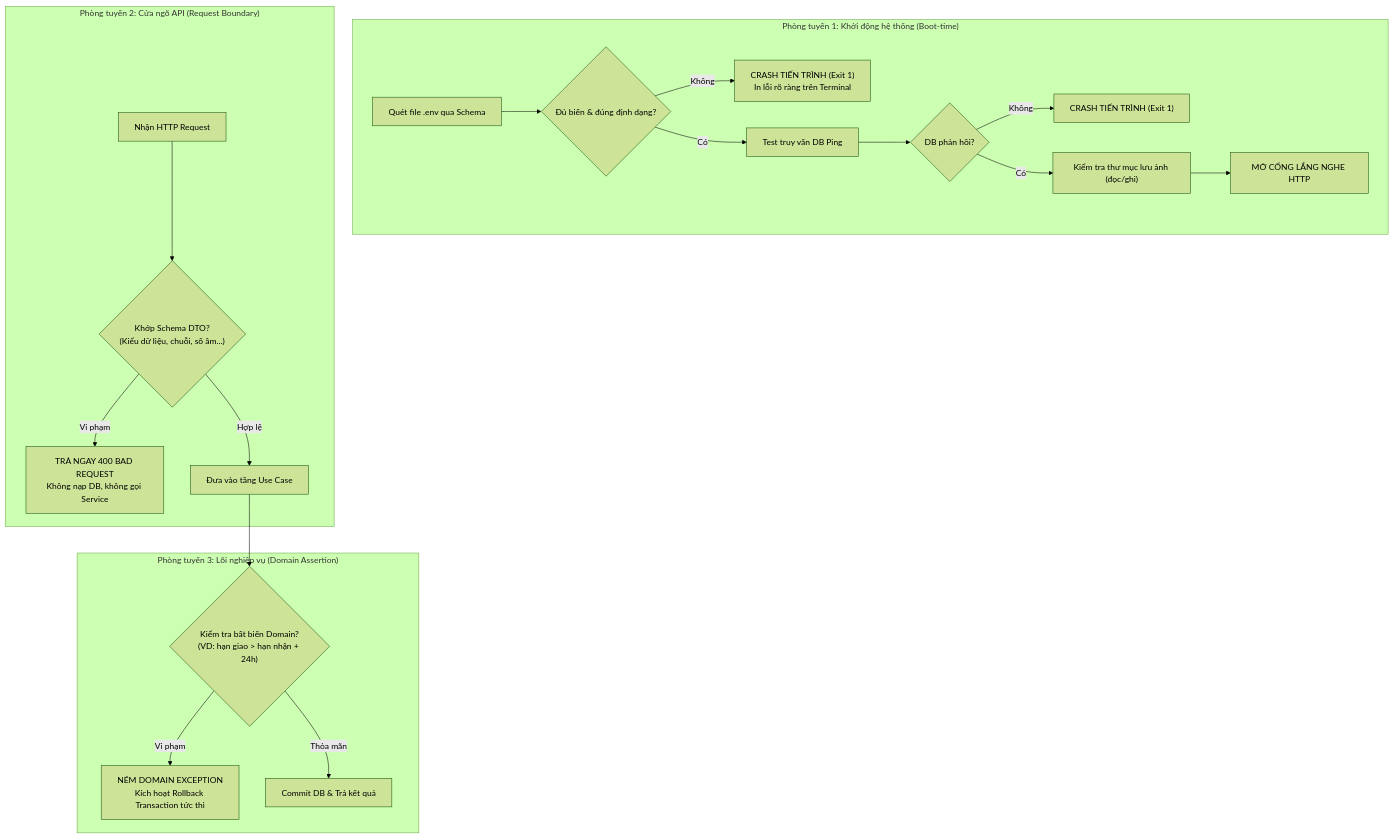
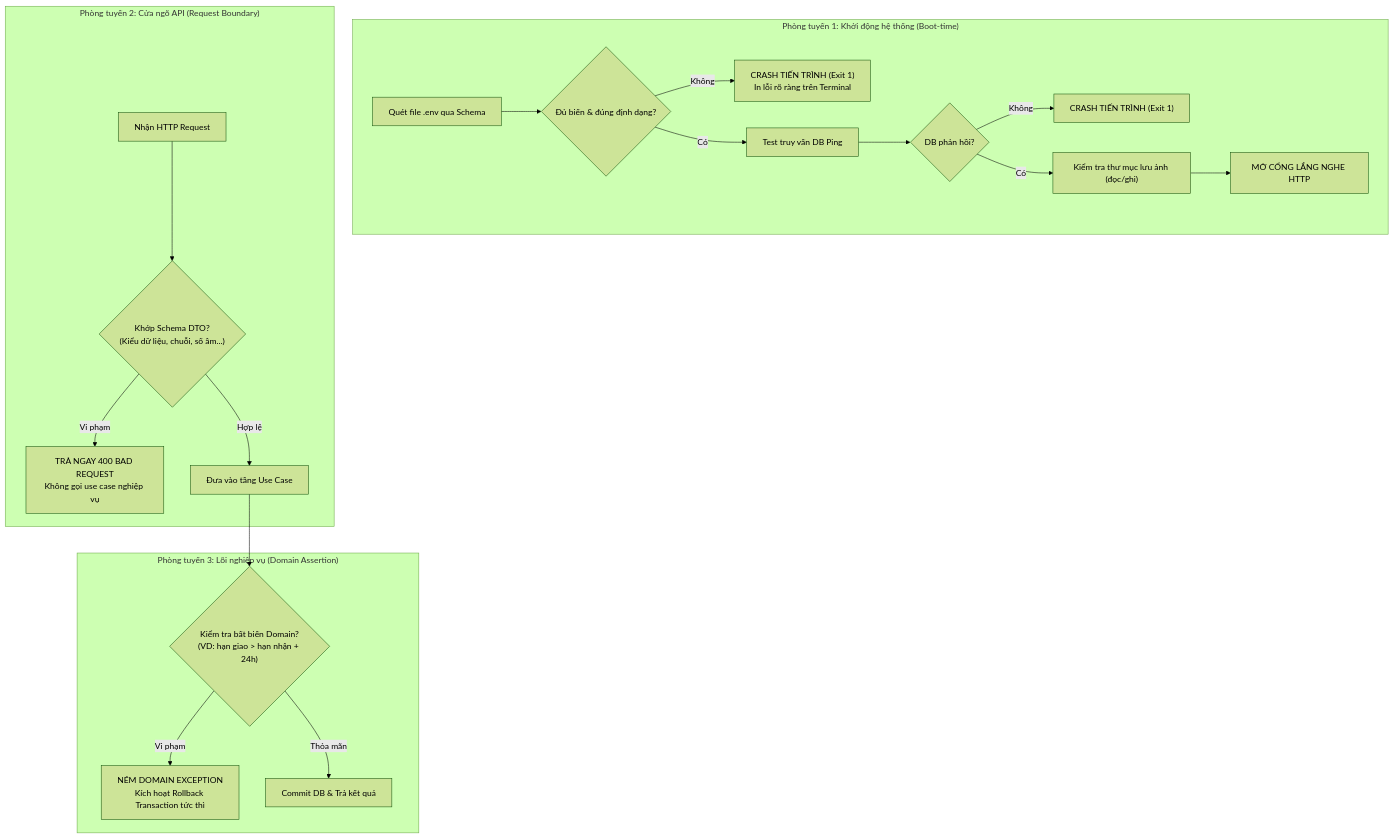
The fourth of 5 diagrams in docs/04-architecture/architecture-overview.md (HUY-TD16/vCraft), drawn with Mermaid (forest theme) before and after one commit. The commit also changed other lines of this file and 2 other files, not shown here.

Commit message:
update security and architecture docs

````diff
--- a/docs/04-architecture/architecture-overview.md
+++ b/docs/04-architecture/architecture-overview.md
@@ -267,24 +396,24 @@
 ```mermaid
 flowchart TD
     subgraph L1["Phòng tuyến 1: Khởi động hệ thống (Boot-time)"]
         EnvCheck["Quét file .env qua Schema"] --> EnvValid{"Đủ biến & đúng định dạng?"}
         EnvValid -- Không --> Halt1["CRASH TIẾN TRÌNH (Exit 1)\nIn lỗi rõ ràng trên Terminal"]
         EnvValid -- Có --> DBCheck["Test truy vấn DB Ping"]
         DBCheck --> DBValid{"DB phản hồi?"}
         DBValid -- Không --> Halt2["CRASH TIẾN TRÌNH (Exit 1)"]
         DBValid -- Có --> StorageCheck["Kiểm tra thư mục lưu ảnh (đọc/ghi)"]
         StorageCheck --> StartServer["MỞ CỔNG LẮNG NGHE HTTP"]
     end
 
     subgraph L2["Phòng tuyến 2: Cửa ngõ API (Request Boundary)"]
         ReqIn["Nhận HTTP Request"] --> DtoVal{"Khớp Schema DTO?\n(Kiểu dữ liệu, chuỗi, số âm...)"}
-        DtoVal -- Vi phạm --> Return400["TRẢ NGAY 400 BAD REQUEST\nKhông nạp DB, không gọi Service"]
+        DtoVal -- Vi phạm --> Return400["TRẢ NGAY 400 BAD REQUEST\nKhông gọi use case nghiệp vụ"]
         DtoVal -- Hợp lệ --> ExecuteLogic["Đưa vào tầng Use Case"]
     end
 
     subgraph L3["Phòng tuyến 3: Lõi nghiệp vụ (Domain Assertion)"]
         ExecuteLogic --> InvariantCheck{"Kiểm tra bất biến Domain?\n(VD: hạn giao > hạn nhận + 24h)"}
         InvariantCheck -- Vi phạm --> ThrowDomain["NÉM DOMAIN EXCEPTION\nKích hoạt Rollback Transaction tức thì"]
         InvariantCheck -- Thỏa mãn --> CommitData["Commit DB & Trả kết quả"]
     end
 ```
````
